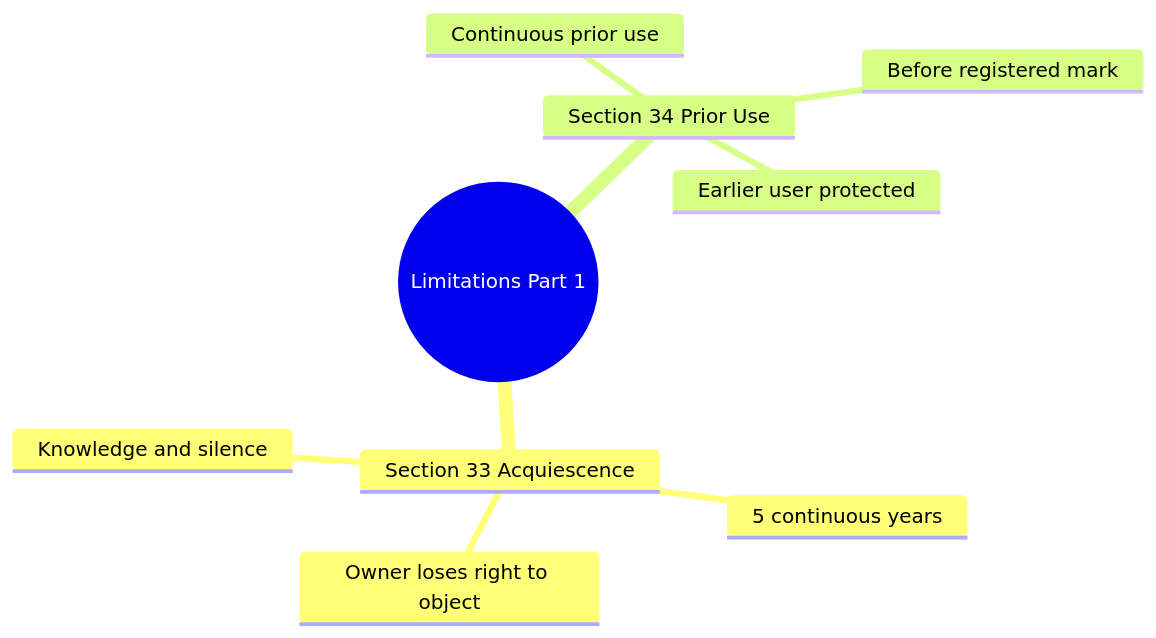
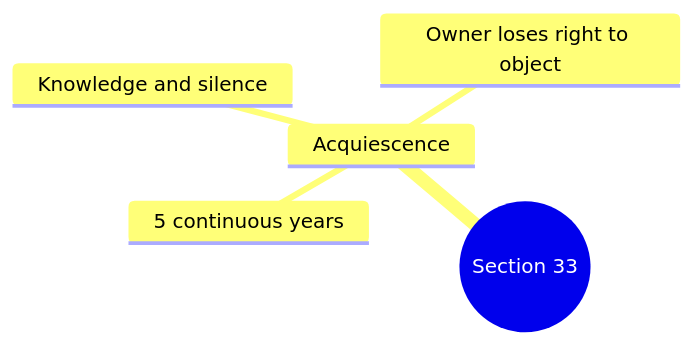
Before and after one commit to Aryns293/IPR: the seventh of 10 diagrams in 14_Limitations_on_the_Rights_of_the_Trademark_Owner.md, drawn with Mermaid. The commit also changed other lines of this file, not shown here.

Commit message:
Refine mindmaps in Chapter 14 to fit screen better

````diff
--- a/14_Limitations_on_the_Rights_of_the_Trademark_Owner.md
+++ b/14_Limitations_on_the_Rights_of_the_Trademark_Owner.md
@@ -201,12 +201,8 @@
 ```mermaid
 mindmap
-  root((Limitations Part 1))
-    Section 33 Acquiescence
+  root((Section 33))
+    Acquiescence
       5 continuous years
       Knowledge and silence
       Owner loses right to object
-    Section 34 Prior Use
-      Continuous prior use
-      Before registered mark
-      Earlier user protected
 ```
````
